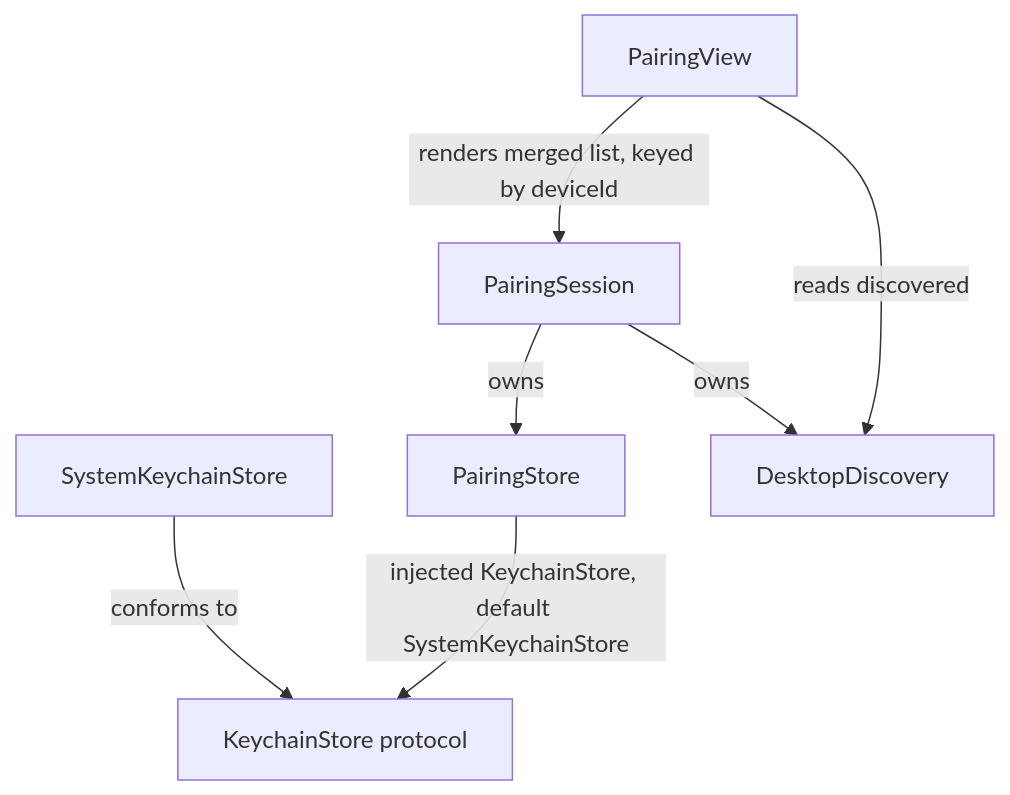
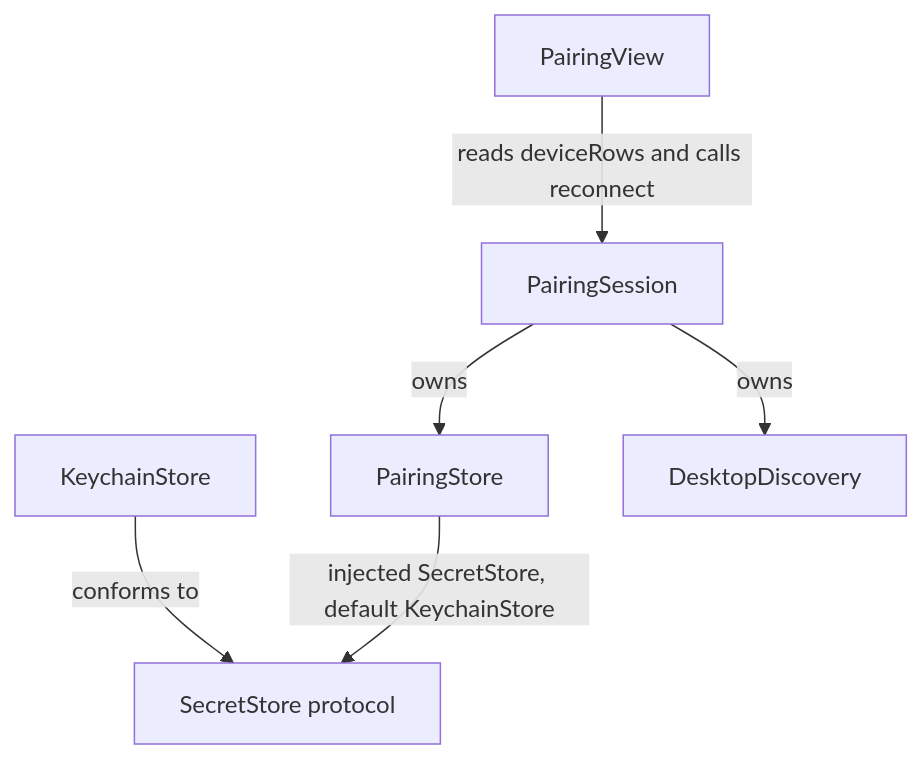
One commit to hk0i/buttons changed the diagram in docs/slices/11a. Pairing Flow Robustness.spec.md. Above: the diagram before and after it, drawn with Mermaid. The commit also changed other lines of this file, not shown here.

Commit message:
[11a][pairing-flow-robustness][docs] update: SecretStore rename, simpler merge, discovery ownership

````diff
--- a/docs/slices/11a. Pairing Flow Robustness.spec.md
+++ b/docs/slices/11a. Pairing Flow Robustness.spec.md
@@ -105,16 +132,15 @@
 ```mermaid
 graph TD
-    KS[KeychainStore protocol]
-    SKS[SystemKeychainStore]
+    SS[SecretStore protocol]
+    KS[KeychainStore]
     PS[PairingStore]
     Sess[PairingSession]
     Disc[DesktopDiscovery]
     View[PairingView]
 
-    SKS -->|conforms to| KS
-    PS -->|injected KeychainStore, default SystemKeychainStore| KS
+    KS -->|conforms to| SS
+    PS -->|injected SecretStore, default KeychainStore| SS
     Sess -->|owns| PS
     Sess -->|owns| Disc
-    View -->|renders merged list, keyed by deviceId| Sess
-    View -->|reads discovered| Disc
+    View -->|reads deviceRows and calls reconnect| Sess
 ```
````
